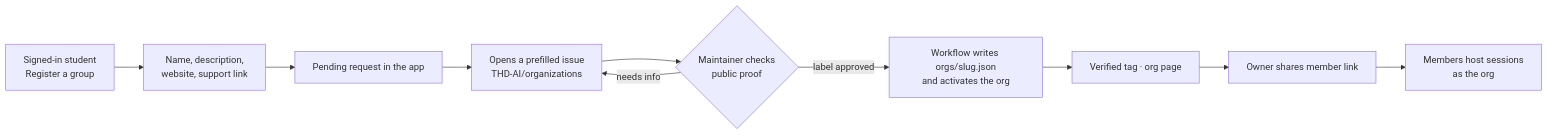
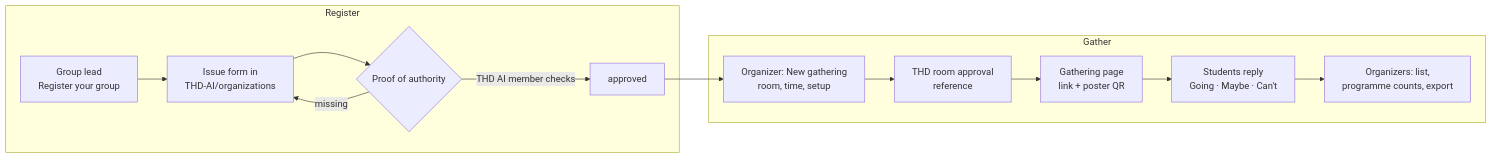
Before and after one commit to Aaqibhafeezkhan/THD-Room-Finder: the diagram in docs/product/organizations.md, drawn with Mermaid. The commit also changed other lines of this file and 11 other files, not shown here.

````diff
--- a/docs/product/organizations.md
+++ b/docs/product/organizations.md
@@ -20,12 +65,16 @@
 ```mermaid
 flowchart LR
-  A[Signed-in student<br/>Register a group] --> B[Name, description,<br/>website, support link]
-  B --> C[Pending request in the app]
-  C --> D[Opens a prefilled issue<br/>THD-AI/organizations]
-  D --> E{Maintainer checks<br/>public proof}
-  E -->|label approved| F[Workflow writes orgs/slug.json<br/>and activates the org]
-  E -->|needs info| D
-  F --> G[Verified tag · org page]
-  G --> H[Owner shares member link]
-  H --> I[Members host sessions<br/>as the org]
+  subgraph Register
+    A[Group lead<br/>Register your group] --> B[Issue form in<br/>THD-AI/organizations]
+    B --> C{Proof of authority}
+    C -->|THD AI member checks| D[approved]
+    C -->|missing| B
+  end
+  subgraph Gather
+    D --> E[Organizer: New gathering<br/>room, time, setup]
+    E --> F[THD room approval<br/>reference]
+    F --> G[Gathering page<br/>link + poster QR]
+    G --> H[Students reply<br/>Going · Maybe · Can't]
+    H --> I[Organizers: list,<br/>programme counts, export]
+  end
 ```
````
